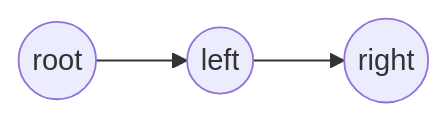
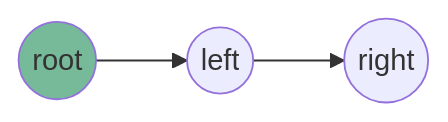
Before and after one commit to KevinChens/kevinchens.github.io: the second of 5 diagrams in 2022/06/binary-tree-traversing/index.md, drawn with Mermaid. The commit also changed other lines of this file and 2 other files, not shown here.

Commit message:
add mermaid style

```diff
--- a/2022/06/binary-tree-traversing/index.md
+++ b/2022/06/binary-tree-traversing/index.md
@@ -29,8 +30,9 @@
 {{< mermaid >}}
 graph LR
 A((root))
 B((left))
 C((right))
 A-->B
 B-->C
+style A fill: #76BA99
 {{< /mermaid >}}
```
